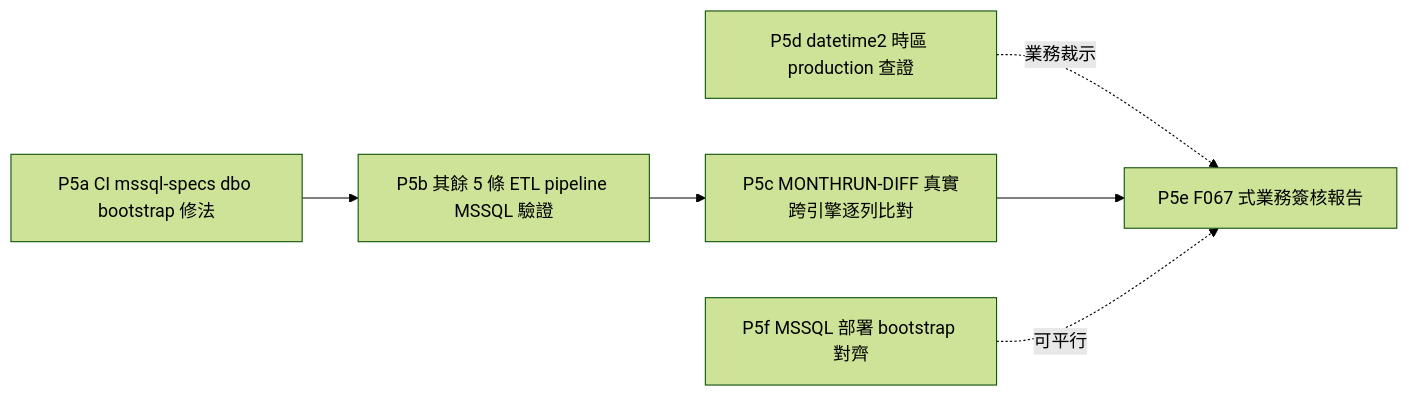
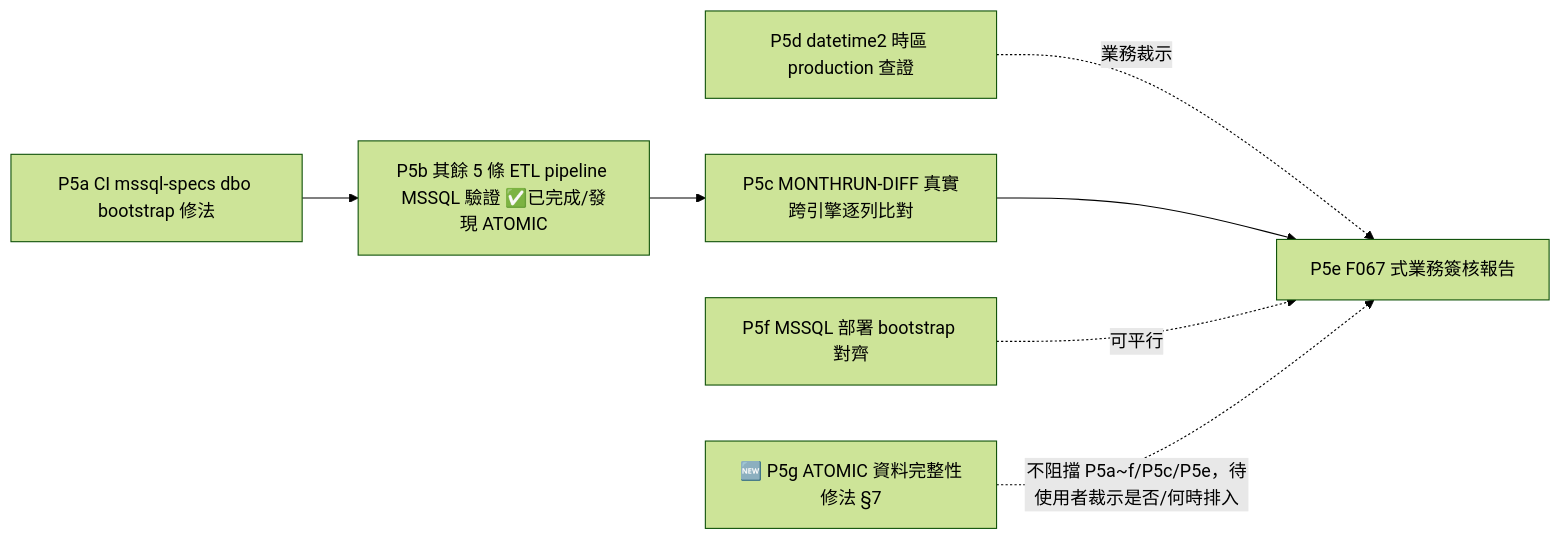
One commit to wisewhalesoft/cdmp-mvp changed the diagram in docs/specs/implementation-log/AD-E07-43-mssql-p5-ci-signoff.md. Above: the diagram before and after it, drawn with Mermaid (forest theme). The commit also changed other lines of this file and 1 other file, not shown here.

First line of the commit message:
docs(mssql-migration): AD-E07-43 v1.1 — ATOMIC 資料遺失修法評估 (P5g)

````diff
--- a/docs/specs/implementation-log/AD-E07-43-mssql-p5-ci-signoff.md
+++ b/docs/specs/implementation-log/AD-E07-43-mssql-p5-ci-signoff.md
@@ -47,8 +50,9 @@
 ```mermaid
 graph LR
-  P5a[P5a CI mssql-specs dbo bootstrap 修法] --> P5b[P5b 其餘 5 條 ETL pipeline MSSQL 驗證]
+  P5a[P5a CI mssql-specs dbo bootstrap 修法] --> P5b[P5b 其餘 5 條 ETL pipeline MSSQL 驗證 ✅已完成/發現 ATOMIC]
   P5b --> P5c[P5c MONTHRUN-DIFF 真實跨引擎逐列比對]
   P5d[P5d datetime2 時區 production 查證] -.業務裁示.-> P5e
   P5c --> P5e[P5e F067 式業務簽核報告]
   P5f[P5f MSSQL 部署 bootstrap 對齊] -.可平行.-> P5e
+  P5g[🆕 P5g ATOMIC 資料完整性修法 §7] -.不阻擋 P5a~f/P5c/P5e，待使用者裁示是否/何時排入.-> P5e
 ```
````
